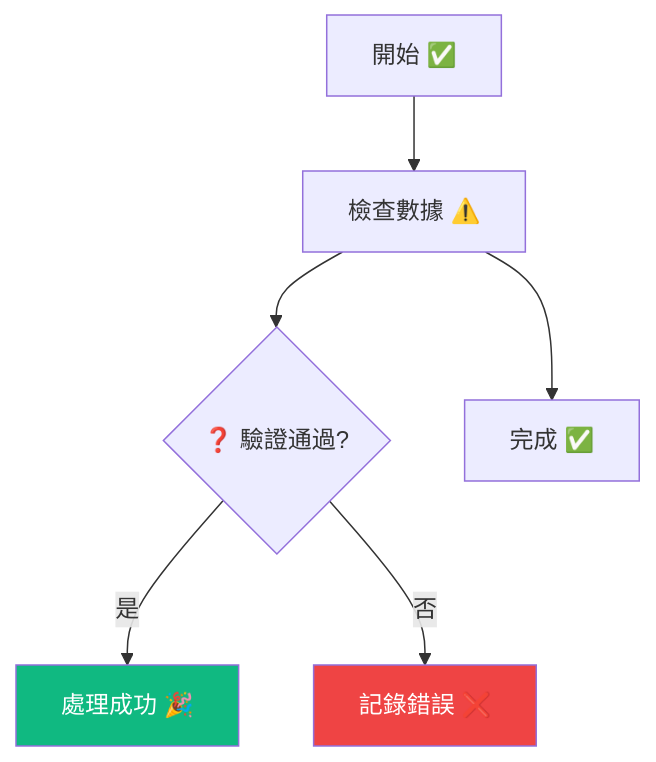
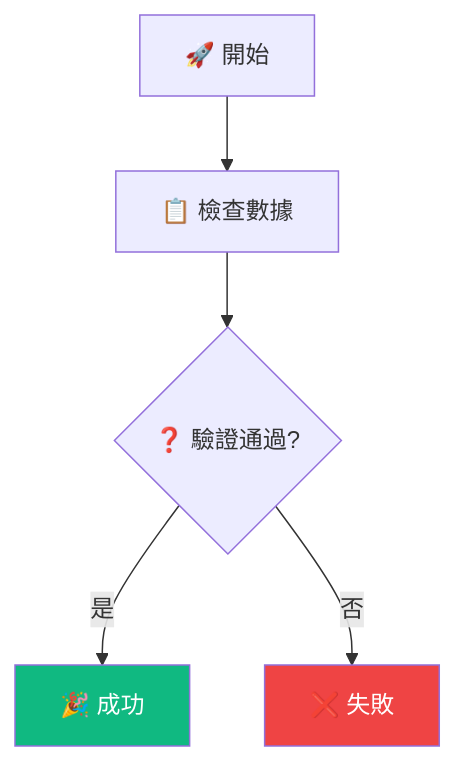
The diagram in skills/mermaid/SKILL.md (ChiahungTai/ai-rules), drawn with Mermaid before and after one commit. The commit also changed other lines of this file and 4 other files, not shown here.

````diff
--- a/skills/mermaid/SKILL.md
+++ b/skills/mermaid/SKILL.md
@@ -197,12 +41,10 @@
 ```mermaid
 flowchart TD
-    A["開始 ✅"] --> B["檢查數據 ⚠️"]
+    A["🚀 開始"] --> B["📋 檢查數據"]
     B --> C{"❓ 驗證通過?"}
-    C -->|是| D["處理成功 🎉"]
-    C -->|否| E["記錄錯誤 ❌"]
-    B --> F["完成 ✅"]
+    C -->|是| D["🎉 成功"]
+    C -->|否| E["❌ 失敗"]
 
-    %% 只有失敗和成功需要顏色強調
     style D fill:#10b981,color:#ffffff
     style E fill:#ef4444,color:#ffffff
 ```
````
